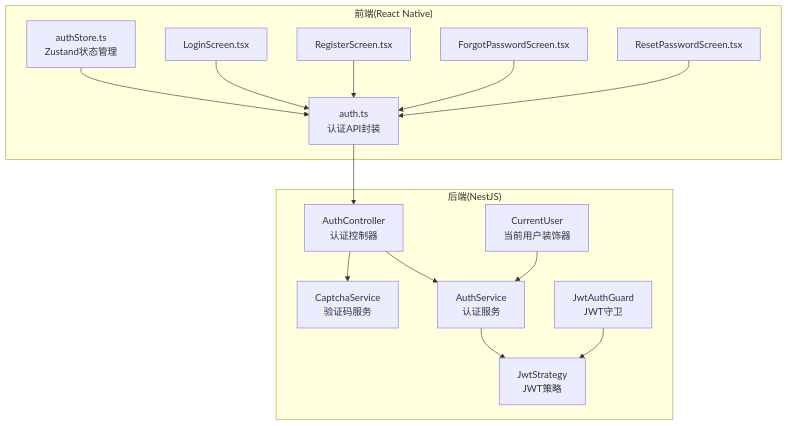
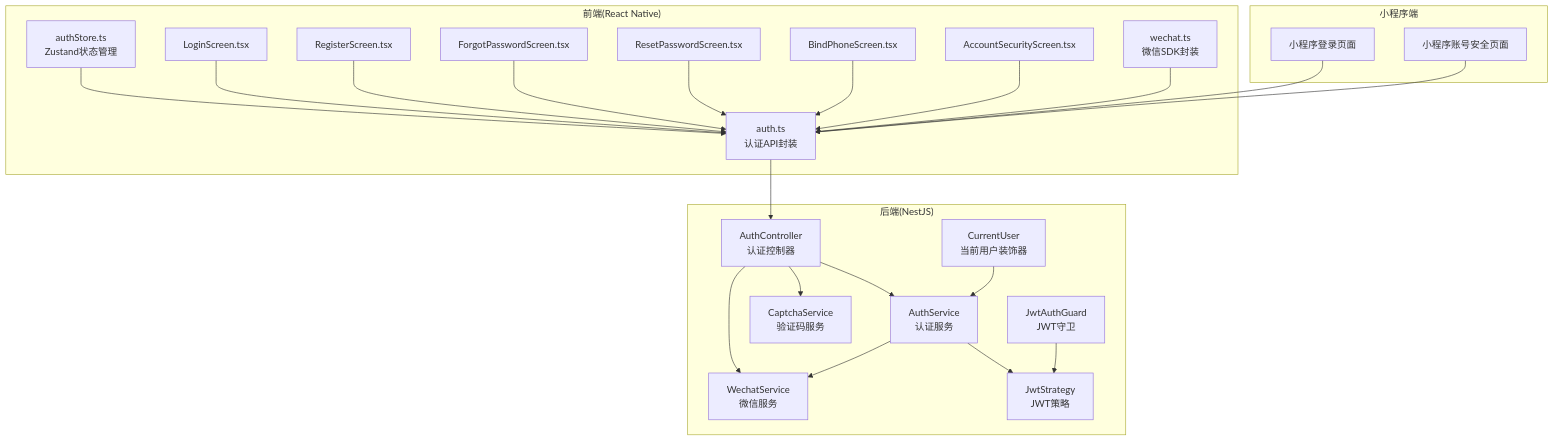
Before and after one commit to lsqwawa/free-dress: the first of 8 diagrams in .qoder/repowiki/zh/content/API接口文档/认证接口.md, drawn with Mermaid. The commit also changed other lines of this file and 71 other files, not shown here.

````diff
--- a/.qoder/repowiki/zh/content/API接口文档/认证接口.md
+++ b/.qoder/repowiki/zh/content/API接口文档/认证接口.md
@@ -40,30 +59,45 @@
 ```mermaid
 graph TB
 subgraph "后端(NestJS)"
 AC["AuthController<br/>认证控制器"]
 AS["AuthService<br/>认证服务"]
 CS["CaptchaService<br/>验证码服务"]
+WS["WechatService<br/>微信服务"]
 JWT["JwtStrategy<br/>JWT策略"]
 JAG["JwtAuthGuard<br/>JWT守卫"]
 CUR["CurrentUser<br/>当前用户装饰器"]
 end
 subgraph "前端(React Native)"
 API["auth.ts<br/>认证API封装"]
 STORE["authStore.ts<br/>Zustand状态管理"]
+WXS["wechat.ts<br/>微信SDK封装"]
 LOGIN["LoginScreen.tsx"]
 REG["RegisterScreen.tsx"]
 FP["ForgotPasswordScreen.tsx"]
 RP["ResetPasswordScreen.tsx"]
+BPS["BindPhoneScreen.tsx"]
+ASS["AccountSecurityScreen.tsx"]
+end
+subgraph "小程序端"
+WXA["小程序登录页面"]
+WXB["小程序账号安全页面"]
 end
 API --> AC
 STORE --> API
 LOGIN --> API
 REG --> API
 FP --> API
 RP --> API
+BPS --> API
+ASS --> API
+WXS --> API
+WXA --> API
+WXB --> API
 AC --> AS
 AC --> CS
+AC --> WS
 AS --> JWT
+AS --> WS
 JAG --> JWT
 CUR --> AS
 ```
````
